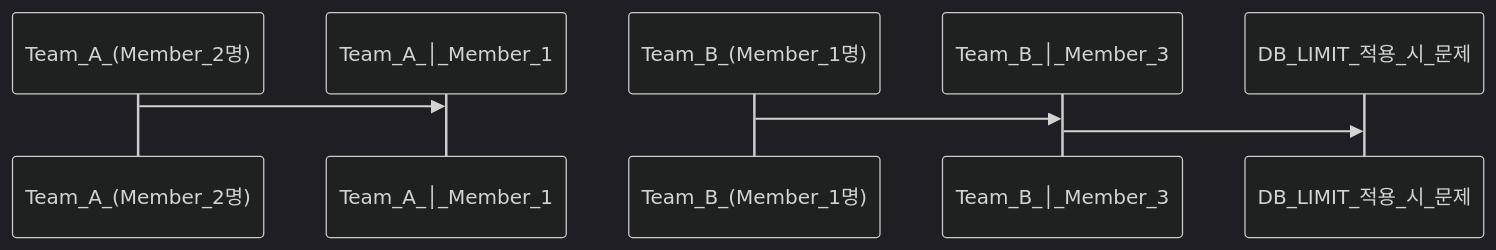
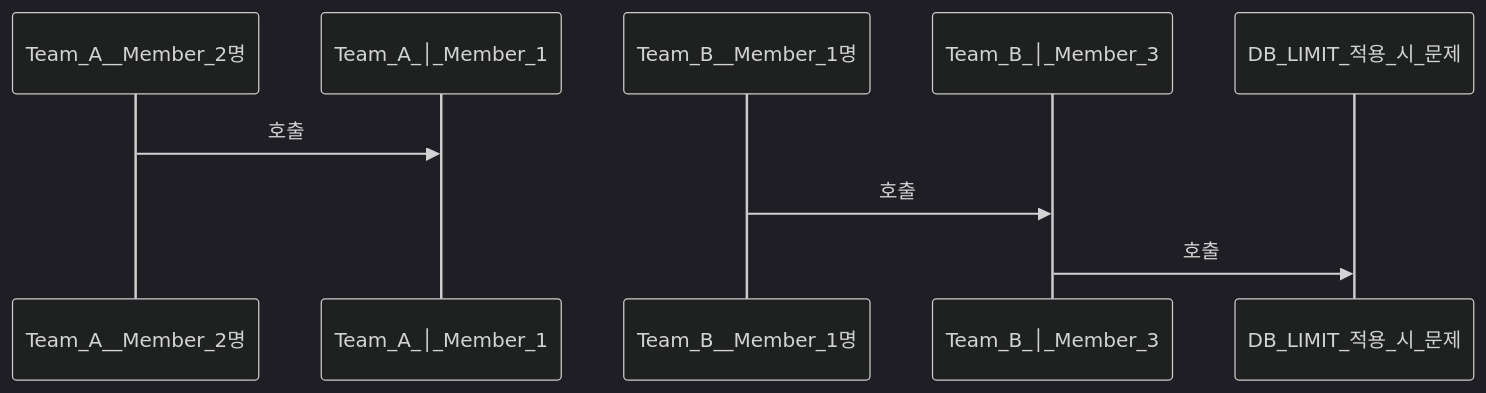
Before and after one commit to yjkim2015/yjkim2015.github.io: the second of 6 diagrams in _posts/jpa/2026-05-01-jpa-n-plus-1.md, drawn with Mermaid (dark theme). The commit also changed other lines of this file and 85 other files, not shown here.

First line of the commit message:
sequenceDiagram 문법 에러 2차 수정 169개 (86파일)

````diff
--- a/_posts/jpa/2026-05-01-jpa-n-plus-1.md
+++ b/_posts/jpa/2026-05-01-jpa-n-plus-1.md
@@ -194,6 +194,6 @@
 ```mermaid
 sequenceDiagram
-    Team_A_(Member_2명)->>Team_A_│_Member_1:
-    Team_B_(Member_1명)->>Team_B_│_Member_3:
-    Team_B_│_Member_3->>DB_LIMIT_적용_시_문제:
+    Team_A__Member_2명->>Team_A_│_Member_1: 호출
+    Team_B__Member_1명->>Team_B_│_Member_3: 호출
+    Team_B_│_Member_3->>DB_LIMIT_적용_시_문제: 호출
 ```
````
